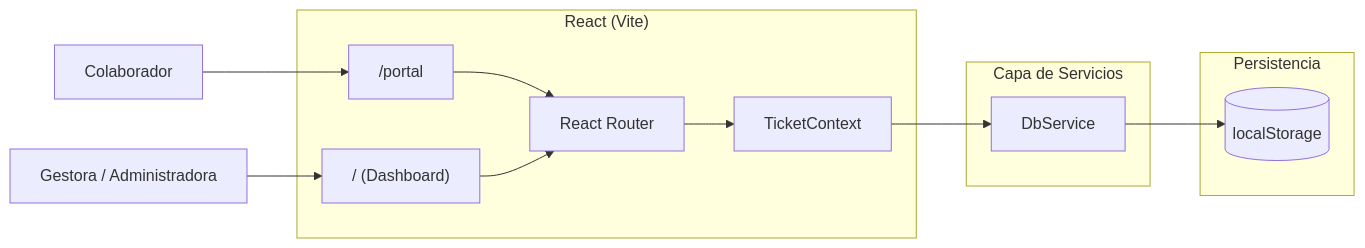
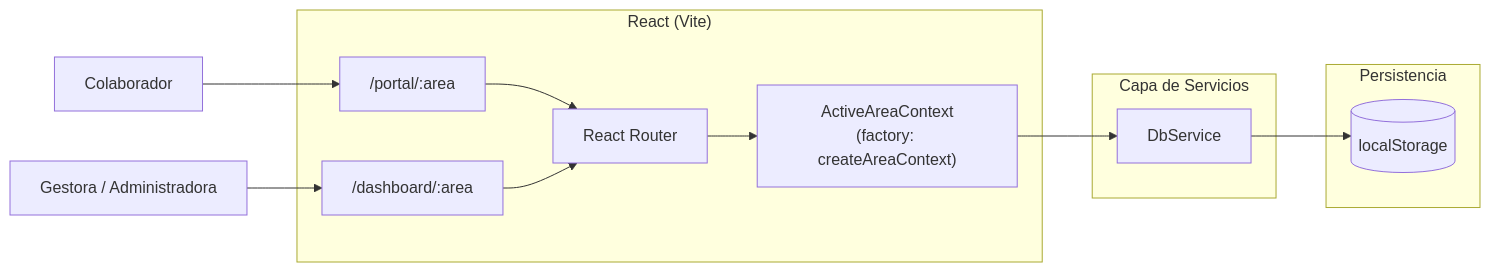
One commit to juanpa48/gestor changed the diagram in docs/ARCHITECTURE.md. Above: the diagram before and after it, drawn with Mermaid. The commit also changed other lines of this file and 2 other files, not shown here.

````diff
--- a/docs/ARCHITECTURE.md
+++ b/docs/ARCHITECTURE.md
@@ -19,26 +19,26 @@
 ```mermaid
 flowchart LR
-    U1["Colaborador"] --> P["/portal"]
-    U2["Gestora / Administradora"] --> D["/ (Dashboard)"]
+    U1["Colaborador"] --> P["/portal/:area"]
+    U2["Gestora / Administradora"] --> D["/dashboard/:area"]
 
     subgraph Frontend["React (Vite)"]
         P
         D
         R["React Router"]
-        CTX["TicketContext"]
+        CTX["ActiveAreaContext\n(factory: createAreaContext)"]
     end
 
     subgraph Services["Capa de Servicios"]
         S["DbService"]
     end
 
     subgraph Storage["Persistencia"]
         LS[("localStorage")]
     end
 
     P --> R
     D --> R
     R --> CTX
     CTX --> S
     S --> LS
 ```
````
